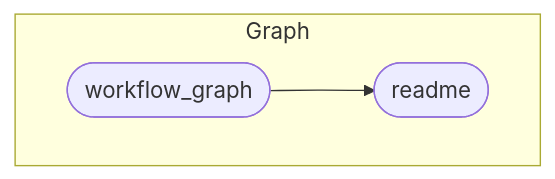
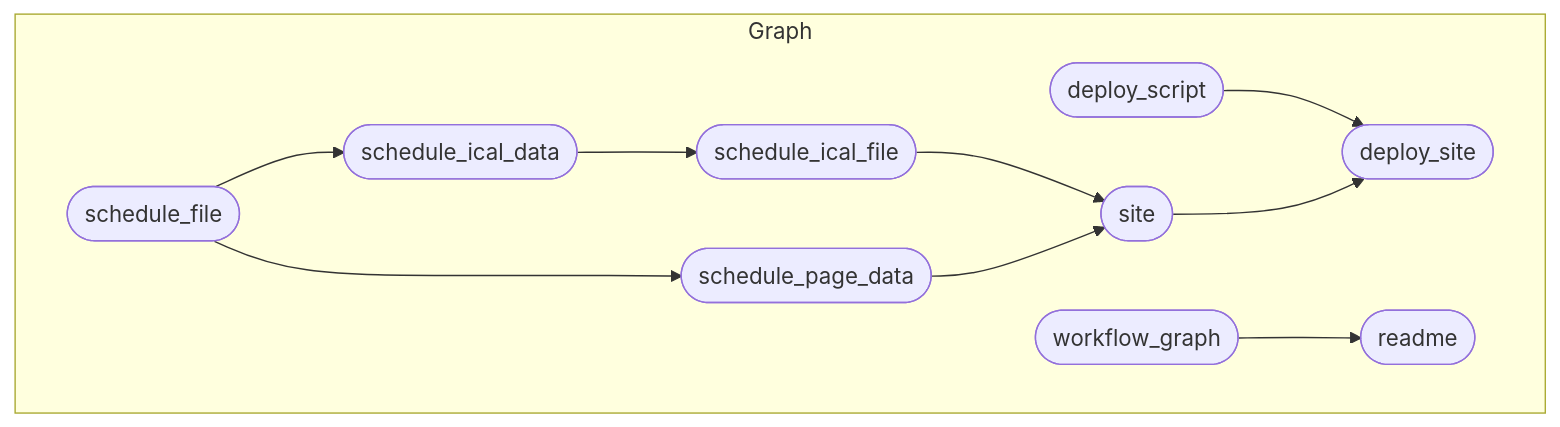
One commit to andrewheiss/econs23.classes.andrewheiss.com changed the diagram in README.md. Above: the diagram before and after it, drawn with Mermaid. The commit also changed 1 other file, not shown here.

Commit message:
Update targets graph

````diff
--- a/README.md
+++ b/README.md
@@ -72,7 +72,14 @@
 ``` mermaid
 graph LR
   subgraph Graph
     direction LR
-    xf38d3f5e6365ad72(["workflow_graph"]):::started --> x6e52cb0f1668cc22(["readme"]):::queued
+    x9c20b8c56debbe9a(["deploy_script"]):::queued --> x78f3e0b711425f1c(["deploy_site"]):::queued
+    x7aa56383a054e8ba(["site"]):::queued --> x78f3e0b711425f1c(["deploy_site"]):::queued
+    x4d31f5a49d5ae49f(["schedule_ical_file"]):::queued --> x7aa56383a054e8ba(["site"]):::queued
+    x063edd335cc1b36f(["schedule_page_data"]):::queued --> x7aa56383a054e8ba(["site"]):::queued
+    xf38d3f5e6365ad72(["workflow_graph"]):::queued --> x6e52cb0f1668cc22(["readme"]):::queued
+    xdf832f8e1f99baf2(["schedule_file"]):::queued --> x063edd335cc1b36f(["schedule_page_data"]):::queued
+    xdf832f8e1f99baf2(["schedule_file"]):::queued --> x35552a73efe9c59f(["schedule_ical_data"]):::queued
+    x35552a73efe9c59f(["schedule_ical_data"]):::queued --> x4d31f5a49d5ae49f(["schedule_ical_file"]):::queued
   end
 ```
````
